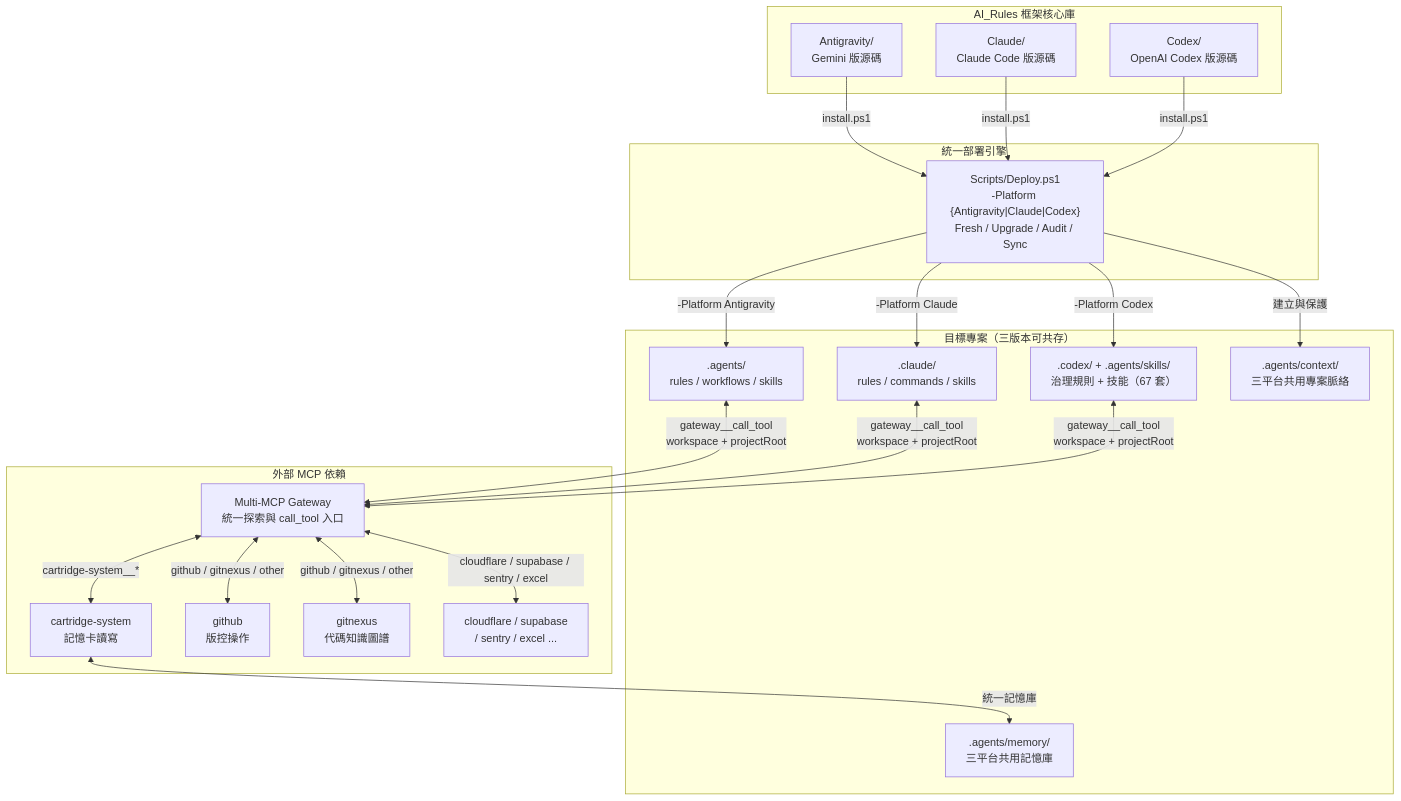
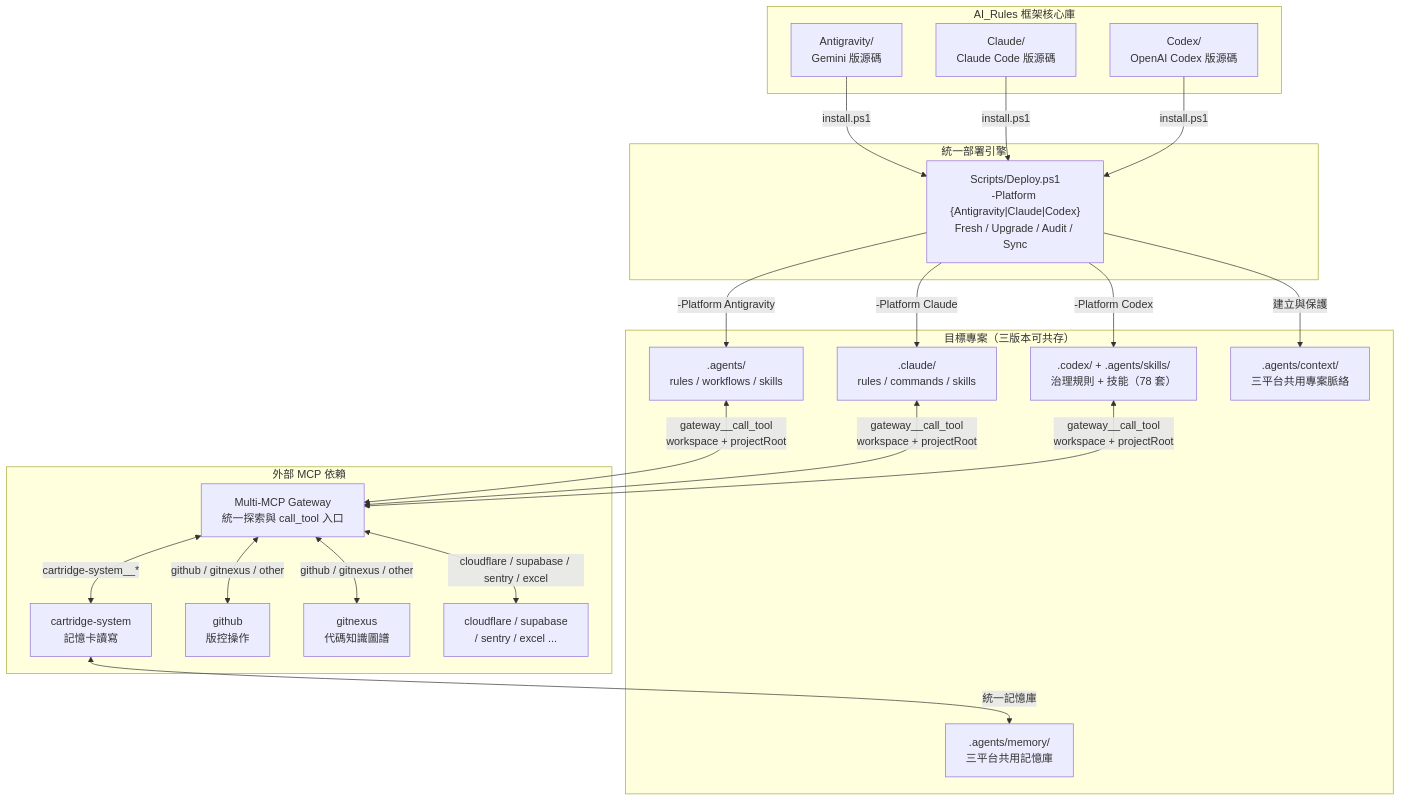
The first of 3 diagrams in README.md (Kunshao1117/AI_Rules), drawn with Mermaid before and after one commit. The commit also changed other lines of this file and 124 other files, not shown here.

````diff
--- a/README.md
+++ b/README.md
@@ -257,44 +259,44 @@
 ```mermaid
 graph TB
     subgraph "AI_Rules 框架核心庫"
         AG["Antigravity/<br/>Gemini 版源碼"]
         CL["Claude/<br/>Claude Code 版源碼"]
         CX["Codex/<br/>OpenAI Codex 版源碼"]
     end
 
     subgraph "統一部署引擎"
         DEPLOY["Scripts/Deploy.ps1<br/>-Platform {Antigravity|Claude|Codex}<br/>Fresh / Upgrade / Audit / Sync"]
     end
 
     subgraph "目標專案（三版本可共存）"
         AGE[".agents/<br/>rules / workflows / skills"]
         CLE[".claude/<br/>rules / commands / skills"]
-        CXE[".codex/ + .agents/skills/<br/>治理規則 + 技能（67 套）"]
+        CXE[".codex/ + .agents/skills/<br/>治理規則 + 技能（78 套）"]
         MEM[".agents/memory/<br/>三平台共用記憶庫"]
         CTX[".agents/context/<br/>三平台共用專案脈絡"]
     end
 
     subgraph "外部 MCP 依賴"
         GW["Multi-MCP Gateway<br/>統一探索與 call_tool 入口"]
         CART["cartridge-system<br/>記憶卡讀寫"]
         GH["github<br/>版控操作"]
         GN["gitnexus<br/>代碼知識圖譜"]
         OTHER["cloudflare / supabase<br/>/ sentry / excel ..."]
     end
 
     AG -->|"install.ps1"| DEPLOY
     CL -->|"install.ps1"| DEPLOY
     CX -->|"install.ps1"| DEPLOY
     DEPLOY -->|"-Platform Antigravity"| AGE
     DEPLOY -->|"-Platform Claude"| CLE
     DEPLOY -->|"-Platform Codex"| CXE
     AGE <-->|"gateway__call_tool<br/>workspace + projectRoot"| GW
     CLE <-->|"gateway__call_tool<br/>workspace + projectRoot"| GW
     CXE <-->|"gateway__call_tool<br/>workspace + projectRoot"| GW
     GW <-->|"cartridge-system__*"| CART
     GW <-->|"github / gitnexus / other"| GH
     GW <-->|"github / gitnexus / other"| GN
     GW <-->|"cloudflare / supabase / sentry / excel"| OTHER
     CART <-->|"統一記憶庫"| MEM
     DEPLOY -->|"建立與保護"| CTX
 ```
````
